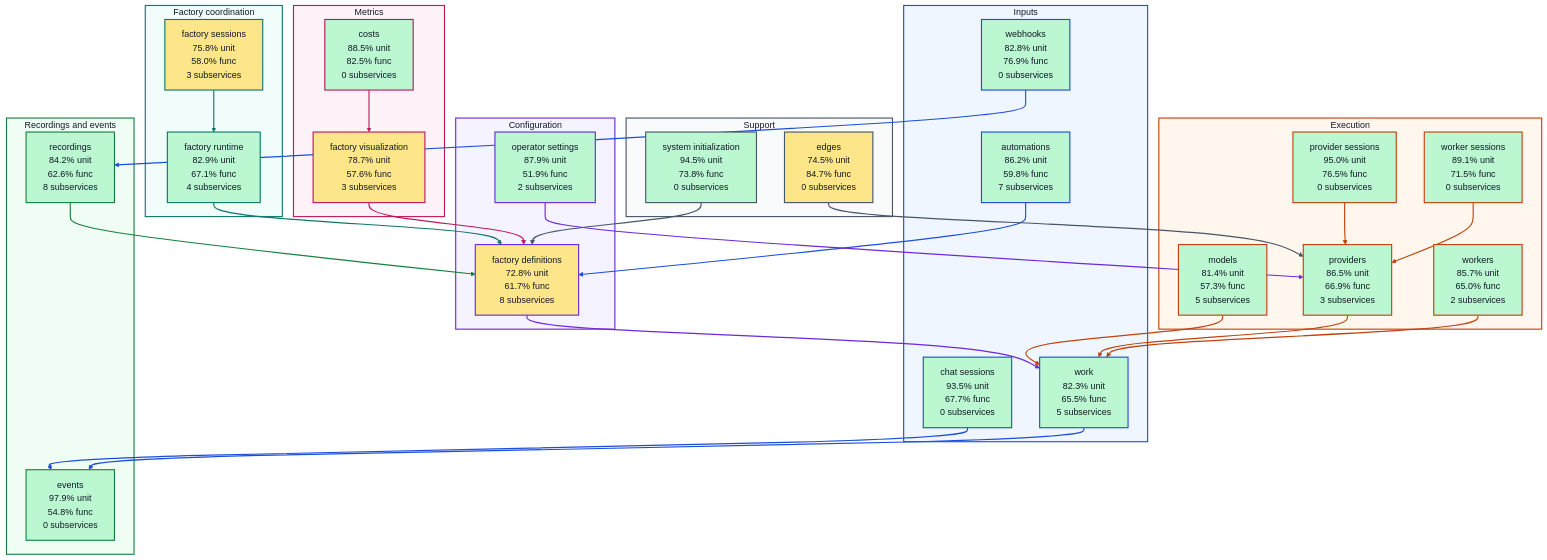
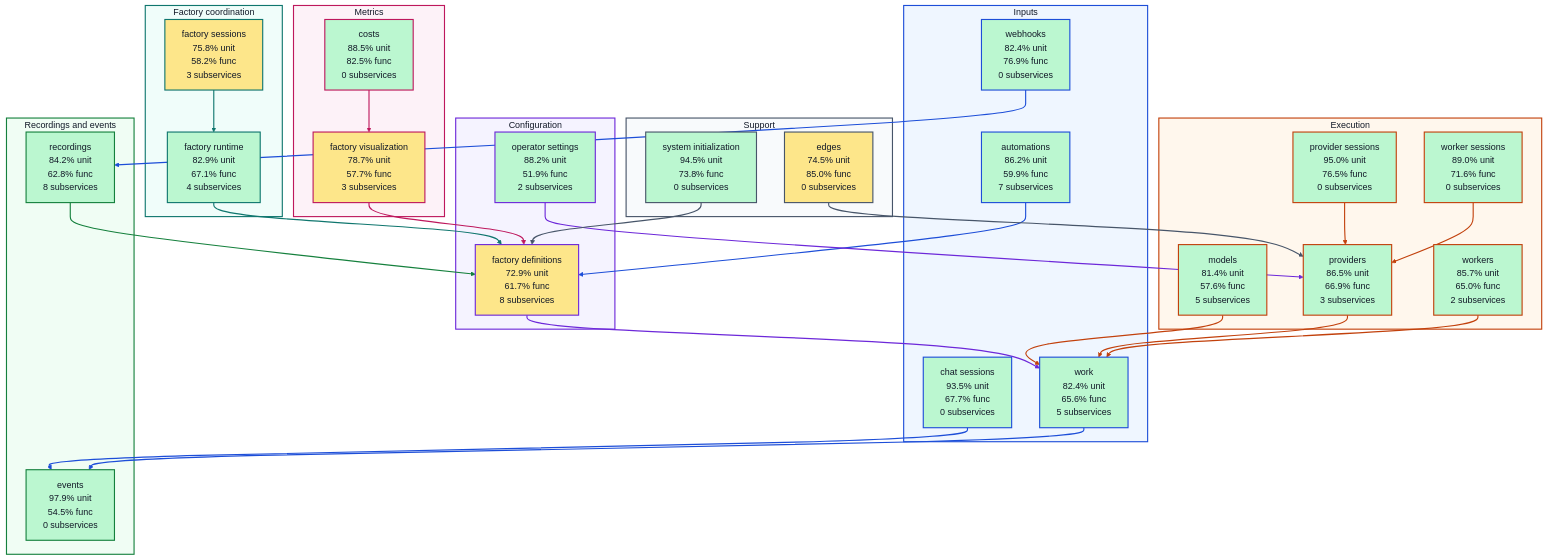
One commit to portpowered/you-agent-factory changed the diagram in docs/architecture/visualizations/high-level-test-coverage.md. Above: the diagram before and after it, drawn with Mermaid (base theme). The commit also changed other lines of this file and 20 other files, not shown here.

Commit message:
docs: refresh backend architecture visualizations

````diff
--- a/docs/architecture/visualizations/high-level-test-coverage.md
+++ b/docs/architecture/visualizations/high-level-test-coverage.md
@@ -11,36 +11,36 @@
 ```mermaid
 flowchart TB
   subgraph input["Inputs"]
-    s_services_automations["automations<br/>86.2% unit<br/>59.8% func<br/>7 subservices"]
+    s_services_automations["automations<br/>86.2% unit<br/>59.9% func<br/>7 subservices"]
     s_services_chat_sessions["chat sessions<br/>93.5% unit<br/>67.7% func<br/>0 subservices"]
-    s_services_webhooks["webhooks<br/>82.8% unit<br/>76.9% func<br/>0 subservices"]
-    s_services_work["work<br/>82.3% unit<br/>65.5% func<br/>5 subservices"]
+    s_services_webhooks["webhooks<br/>82.4% unit<br/>76.9% func<br/>0 subservices"]
+    s_services_work["work<br/>82.4% unit<br/>65.6% func<br/>5 subservices"]
   end
   subgraph configuration["Configuration"]
-    s_services_factory_definitions["factory definitions<br/>72.8% unit<br/>61.7% func<br/>8 subservices"]
-    s_services_operator_settings["operator settings<br/>87.9% unit<br/>51.9% func<br/>2 subservices"]
+    s_services_factory_definitions["factory definitions<br/>72.9% unit<br/>61.7% func<br/>8 subservices"]
+    s_services_operator_settings["operator settings<br/>88.2% unit<br/>51.9% func<br/>2 subservices"]
   end
   subgraph coordination["Factory coordination"]
     s_services_factory_runtime["factory runtime<br/>82.9% unit<br/>67.1% func<br/>4 subservices"]
-    s_services_factory_sessions["factory sessions<br/>75.8% unit<br/>58.0% func<br/>3 subservices"]
+    s_services_factory_sessions["factory sessions<br/>75.8% unit<br/>58.2% func<br/>3 subservices"]
   end
   subgraph execution["Execution"]
-    s_services_models["models<br/>81.4% unit<br/>57.3% func<br/>5 subservices"]
+    s_services_models["models<br/>81.4% unit<br/>57.6% func<br/>5 subservices"]
     s_services_provider_sessions["provider sessions<br/>95.0% unit<br/>76.5% func<br/>0 subservices"]
     s_services_providers["providers<br/>86.5% unit<br/>66.9% func<br/>3 subservices"]
-    s_services_worker_sessions["worker sessions<br/>89.1% unit<br/>71.5% func<br/>0 subservices"]
+    s_services_worker_sessions["worker sessions<br/>89.0% unit<br/>71.6% func<br/>0 subservices"]
     s_services_workers["workers<br/>85.7% unit<br/>65.0% func<br/>2 subservices"]
   end
   subgraph recordings["Recordings and events"]
-    s_services_events["events<br/>97.9% unit<br/>54.8% func<br/>0 subservices"]
-    s_services_recordings["recordings<br/>84.2% unit<br/>62.6% func<br/>8 subservices"]
+    s_services_events["events<br/>97.9% unit<br/>54.5% func<br/>0 subservices"]
+    s_services_recordings["recordings<br/>84.2% unit<br/>62.8% func<br/>8 subservices"]
   end
   subgraph metrics["Metrics"]
     s_services_costs["costs<br/>88.5% unit<br/>82.5% func<br/>0 subservices"]
-    s_services_factory_visualization["factory visualization<br/>78.7% unit<br/>57.6% func<br/>3 subservices"]
+    s_services_factory_visualization["factory visualization<br/>78.7% unit<br/>57.7% func<br/>3 subservices"]
   end
   subgraph support["Support"]
-    s_services_edges["edges<br/>74.5% unit<br/>84.7% func<br/>0 subservices"]
+    s_services_edges["edges<br/>74.5% unit<br/>85.0% func<br/>0 subservices"]
     s_services_system_initialization["system initialization<br/>94.5% unit<br/>73.8% func<br/>0 subservices"]
   end
   s_services_automations --> s_services_factory_definitions
````
